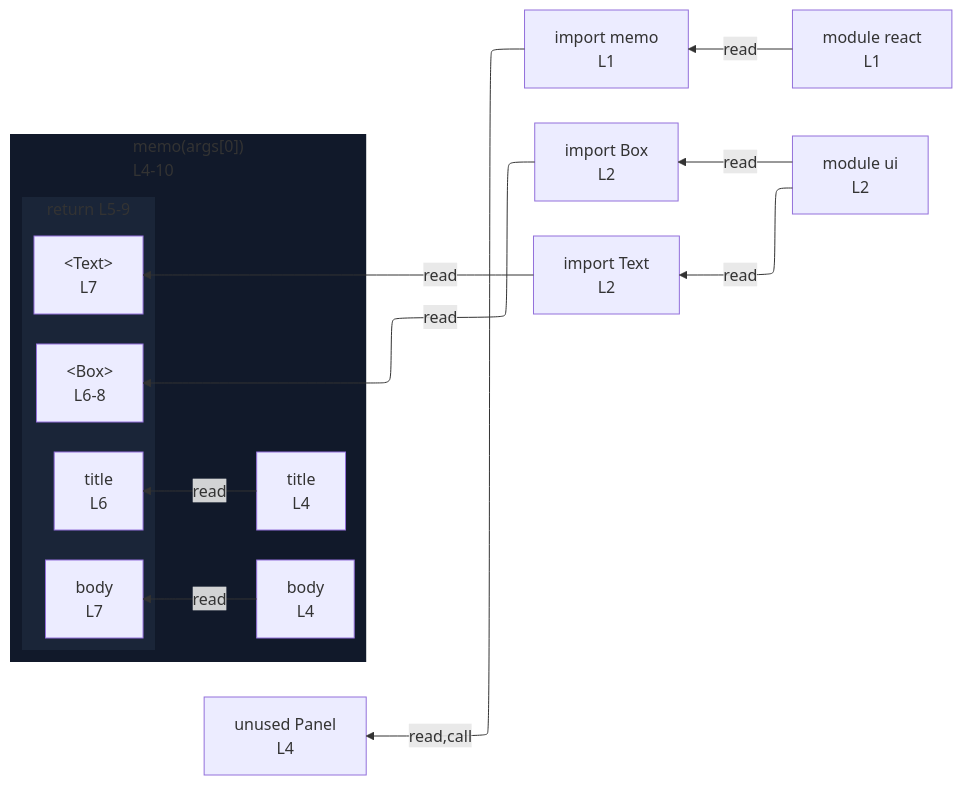
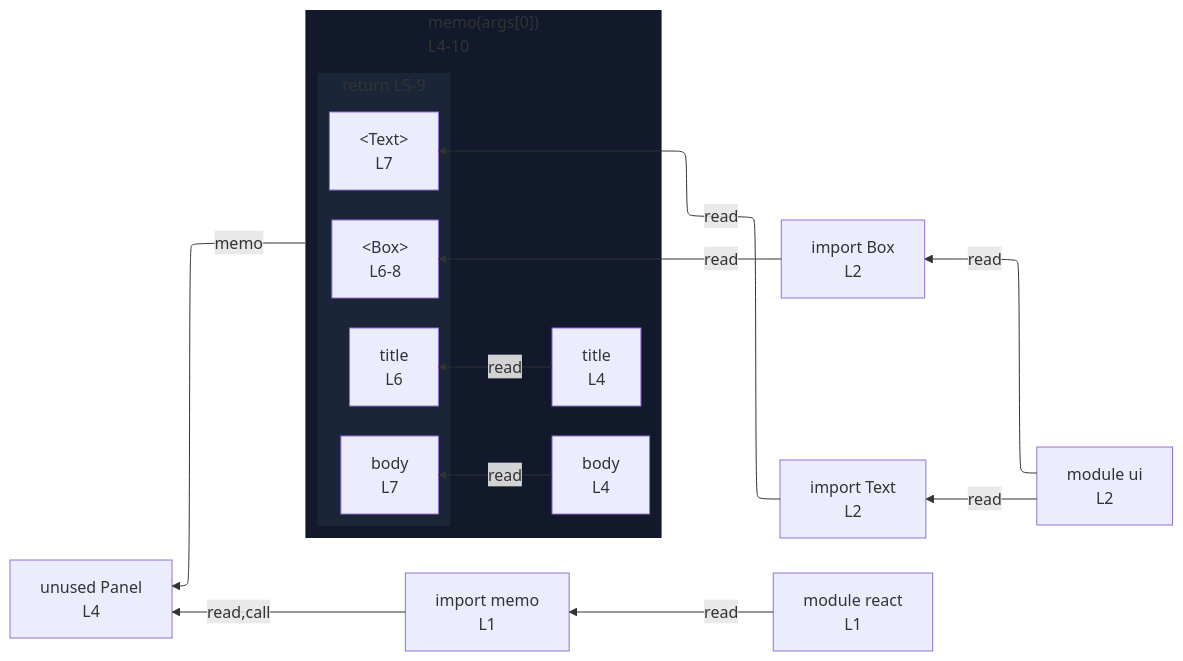
One commit to crescware/unsnarl changed the diagram in integration/fixtures/jsx/memo-component/preview.md. Above: the diagram before and after it, drawn with Mermaid. The commit also changed 41 other files, not shown here.

````diff
--- a/integration/fixtures/jsx/memo-component/preview.md
+++ b/integration/fixtures/jsx/memo-component/preview.md
@@ -20,34 +20,35 @@
 ```mermaid
 %%{init: {"flowchart": {"defaultRenderer": "elk"}}}%%
 flowchart RL
   n_scope_0_memo_9["import memo<br/>L1"]
   n_scope_0_Box_39["import Box<br/>L2"]
   n_scope_0_Text_44["import Text<br/>L2"]
   n_scope_0_Panel_76["unused Panel<br/>L4"]
   subgraph s_scope_1["memo(args[0])<br/>L4-10"]
     direction RL
     n_scope_1_title_90["title<br/>L4"]
     n_scope_1_body_105["body<br/>L4"]
     subgraph s_return_scope_1_126_200["return L5-9"]
       direction RL
       ret_use_ref_2["&lt;Box&gt;<br/>L6-8"]
       ret_use_ref_3["title<br/>L6"]
       ret_use_ref_4["&lt;Text&gt;<br/>L7"]
       ret_use_ref_5["body<br/>L7"]
     end
   end
   n_scope_0_memo_9 -->|read,call| n_scope_0_Panel_76
   n_scope_0_Box_39 -->|read| ret_use_ref_2
   n_scope_1_title_90 -->|read| ret_use_ref_3
   n_scope_0_Text_44 -->|read| ret_use_ref_4
   n_scope_1_body_105 -->|read| ret_use_ref_5
+  s_scope_1 -->|memo| n_scope_0_Panel_76
   mod_react["module react<br/>L1"]
   mod_ui["module ui<br/>L2"]
   mod_react -->|read| n_scope_0_memo_9
   mod_ui -->|read| n_scope_0_Box_39
   mod_ui -->|read| n_scope_0_Text_44
   classDef nestL1 fill:#11192a,stroke:transparent;
   class s_scope_1 nestL1;
   classDef nestL2 fill:#1a2538,stroke:transparent;
   class s_return_scope_1_126_200 nestL2;
 ```
````
